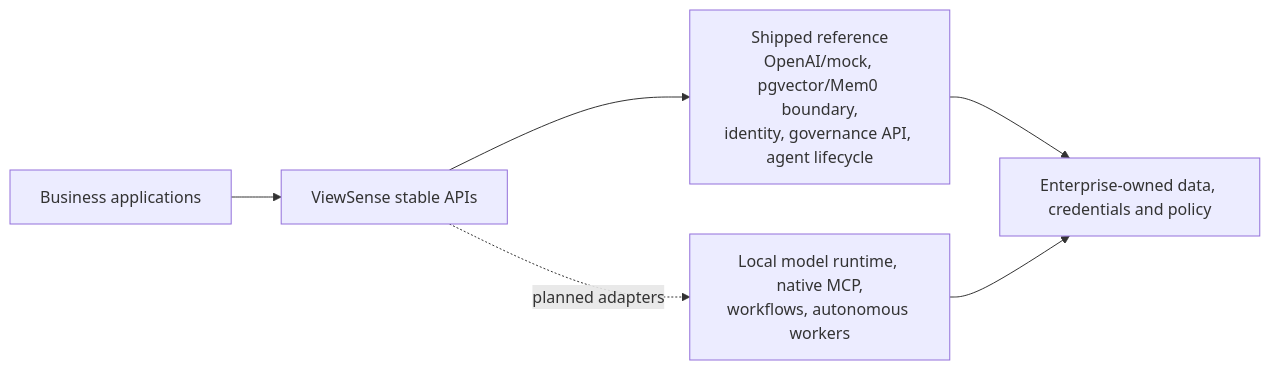
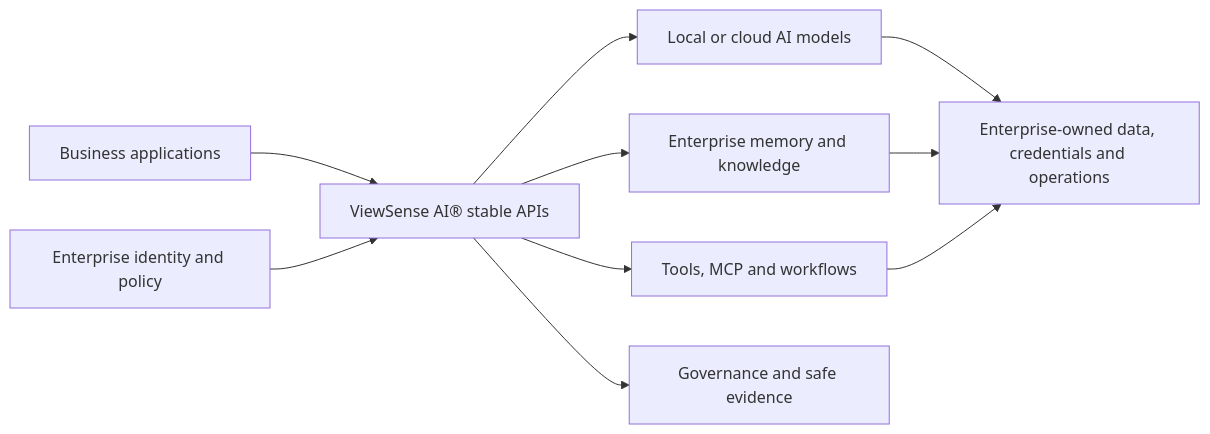
The diagram in README.md (diaryfolio/aiops-fabric), drawn with Mermaid before and after one commit. The commit also changed other lines of this file and 83 other files, not shown here.

````diff
--- a/README.md
+++ b/README.md
@@ -7,8 +7,10 @@
 ```mermaid
 flowchart LR
-    Apps["Business applications"] --> ViewSense["ViewSense stable APIs"]
-    ViewSense --> Shipped["Shipped reference<br/>OpenAI/mock, pgvector/Mem0 boundary,<br/>identity, governance API, agent lifecycle"]
-    ViewSense -. "planned adapters" .-> Future["Local model runtime, native MCP,<br/>workflows, autonomous workers"]
-    Shipped --> Control["Enterprise-owned data, credentials and policy"]
-    Future --> Control
+    Apps["Business applications"] --> VS["ViewSense AI® stable APIs"]
+    VS --> Models["Local or cloud AI models"]
+    VS --> Memory["Enterprise memory and knowledge"]
+    VS --> Tools["Tools, MCP and workflows"]
+    Identity["Enterprise identity and policy"] --> VS
+    VS --> Evidence["Governance and safe evidence"]
+    Models & Memory & Tools --> Control["Enterprise-owned data, credentials and operations"]
 ```
````
